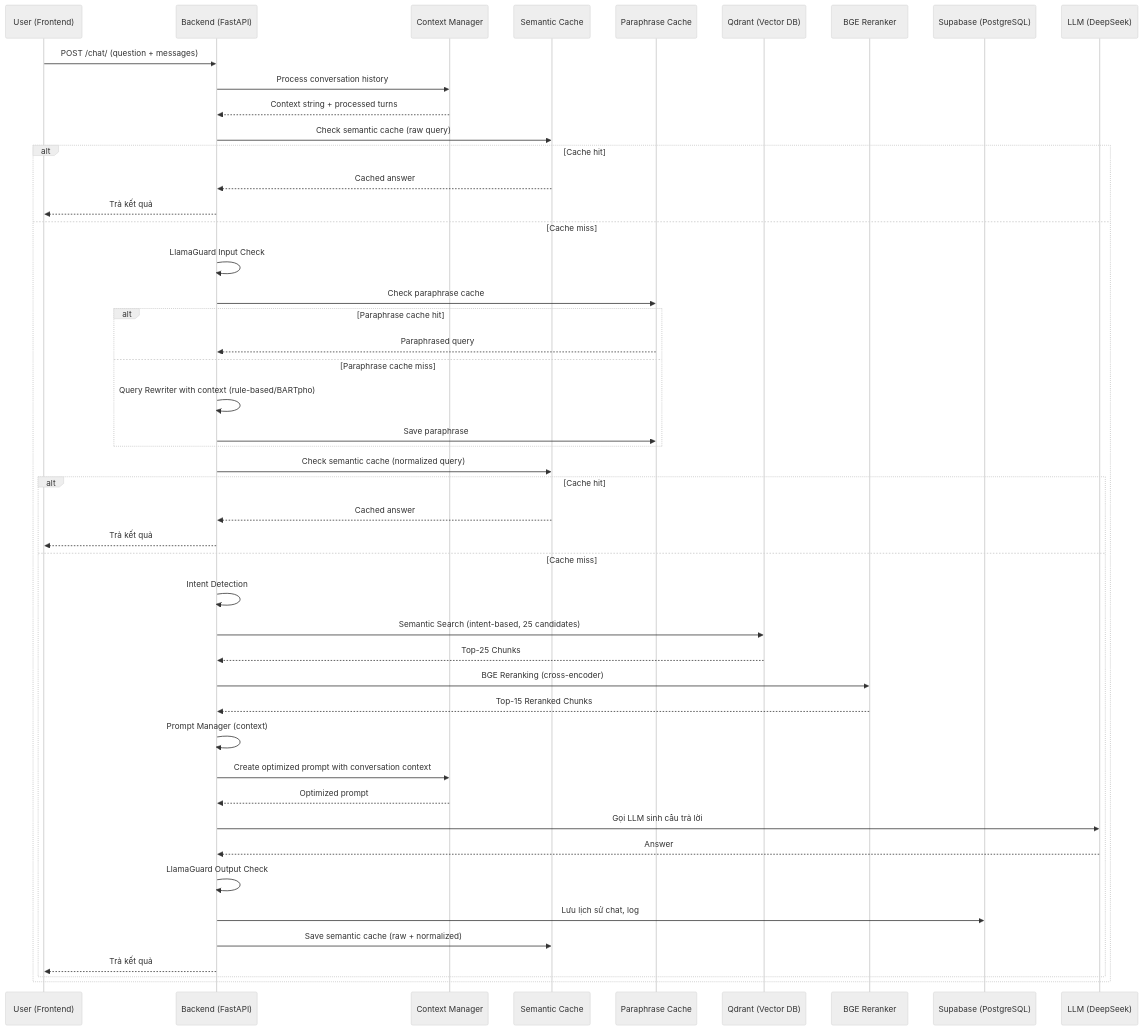
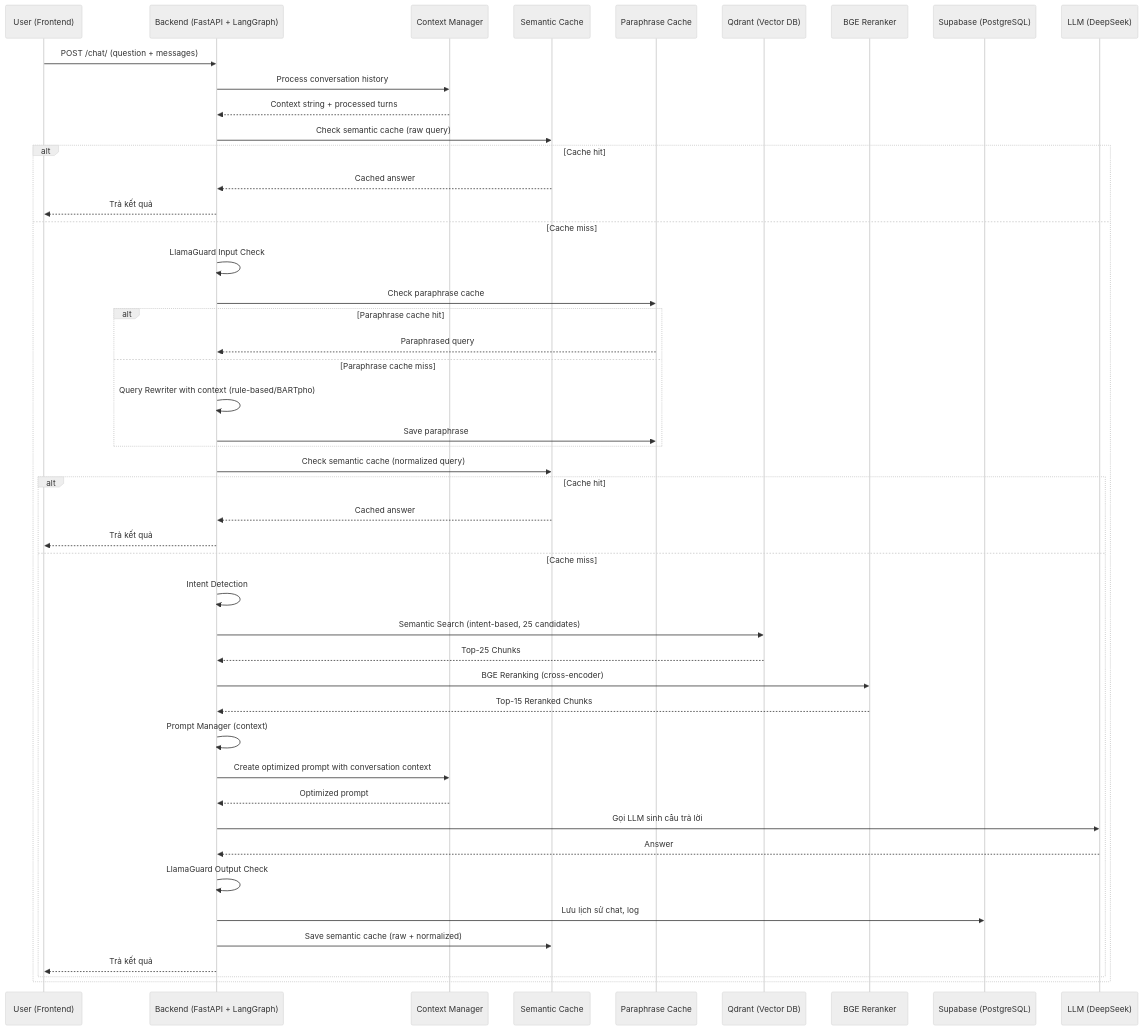
The second of 2 diagrams in docs/Workflow.md (tuananhne1110/Cutru_chatbot), drawn with Mermaid (neutral theme) before and after one commit. The commit also changed other lines of this file and 8 other files, not shown here.

````diff
--- a/docs/Workflow.md
+++ b/docs/Workflow.md
@@ -121,49 +52,49 @@
 ```mermaid
 sequenceDiagram
     participant U as User (Frontend)
-    participant B as Backend (FastAPI)
+    participant B as Backend (FastAPI + LangGraph)
     participant CM as Context Manager
     participant C as Semantic Cache
     participant P as Paraphrase Cache
     participant Q as Qdrant (Vector DB)
     participant R as BGE Reranker
     participant S as Supabase (PostgreSQL)
     participant L as LLM (DeepSeek)
     U->>B: POST /chat/ (question + messages)
     B->>CM: Process conversation history
     CM-->>B: Context string + processed turns
     B->>C: Check semantic cache (raw query)
     alt Cache hit
         C-->>B: Cached answer
         B-->>U: Trả kết quả
     else Cache miss
     B->>B: LlamaGuard Input Check
         B->>P: Check paraphrase cache
         alt Paraphrase cache hit
             P-->>B: Paraphrased query
         else Paraphrase cache miss
             B->>B: Query Rewriter with context (rule-based/BARTpho)
             B->>P: Save paraphrase
         end
         B->>C: Check semantic cache (normalized query)
         alt Cache hit
             C-->>B: Cached answer
             B-->>U: Trả kết quả
         else Cache miss
     B->>B: Intent Detection
     B->>Q: Semantic Search (intent-based, 25 candidates)
     Q-->>B: Top-25 Chunks
     B->>R: BGE Reranking (cross-encoder)
     R-->>B: Top-15 Reranked Chunks
     B->>B: Prompt Manager (context)
     B->>CM: Create optimized prompt with conversation context
     CM-->>B: Optimized prompt
     B->>L: Gọi LLM sinh câu trả lời
     L-->>B: Answer
     B->>B: LlamaGuard Output Check
     B->>S: Lưu lịch sử chat, log
             B->>C: Save semantic cache (raw + normalized)
             B-->>U: Trả kết quả
         end
     end
 ```
````
